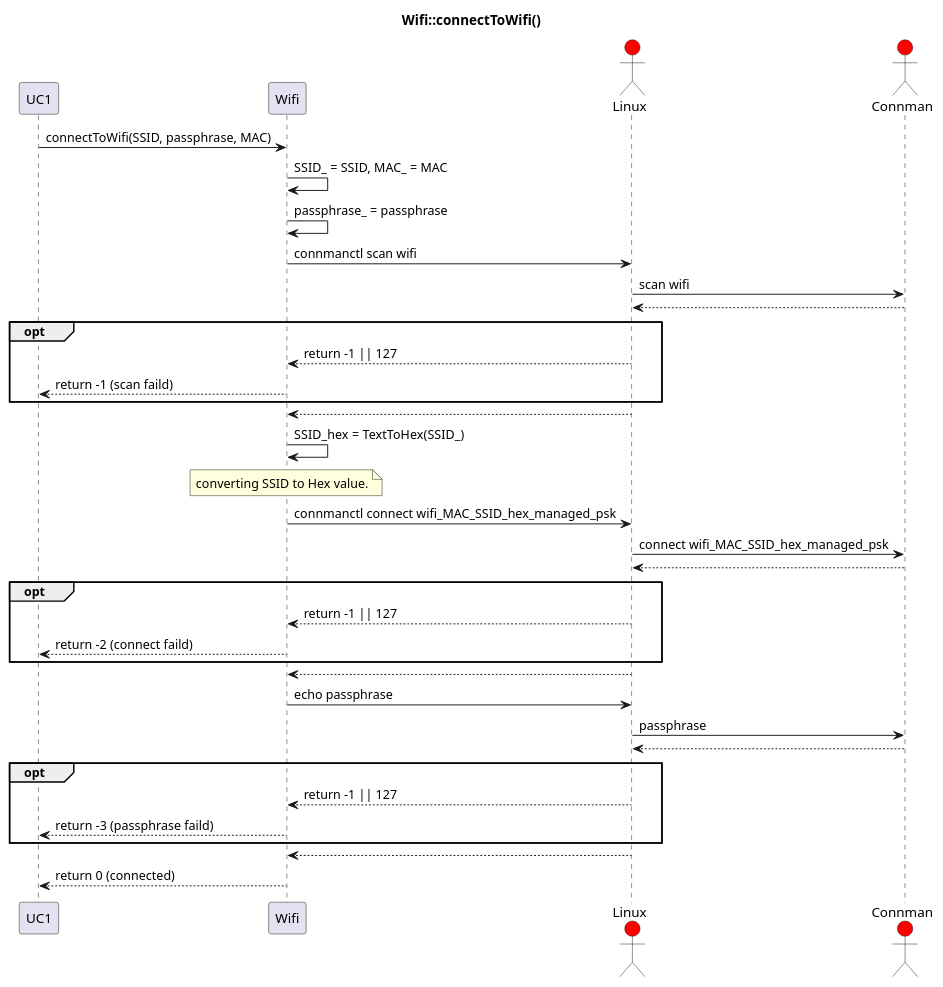
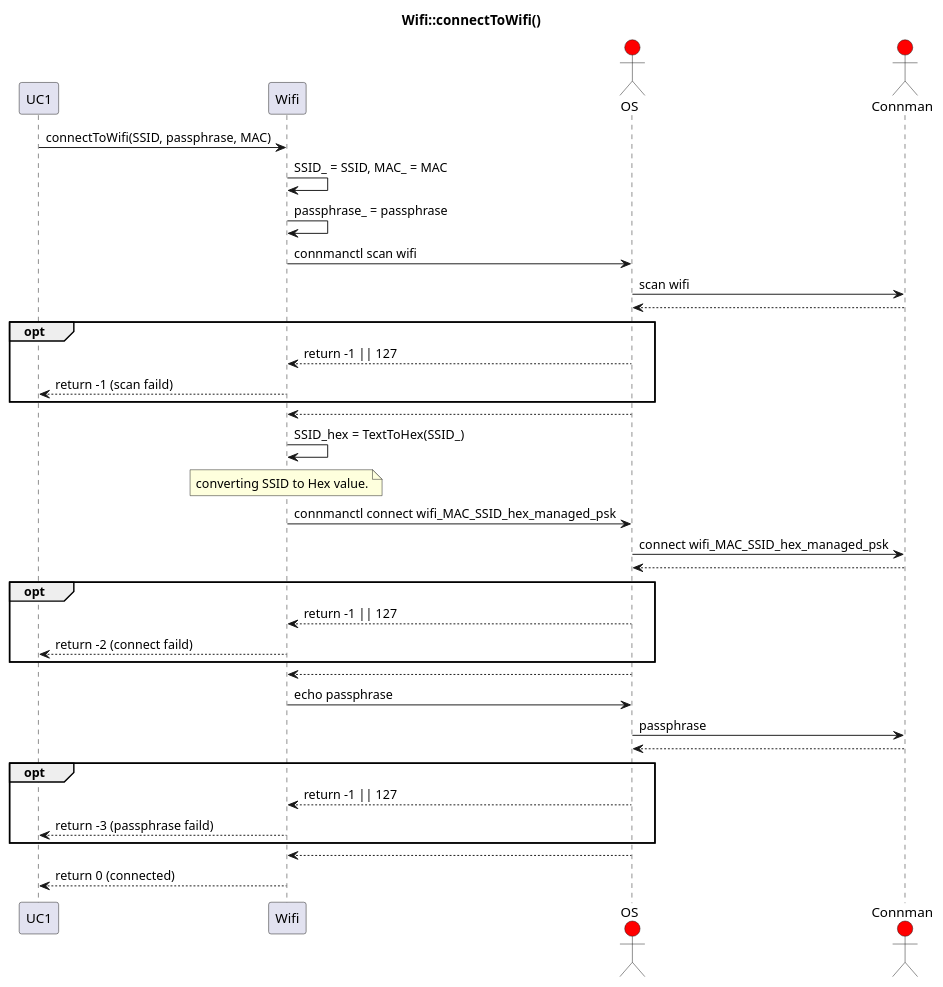
Before and after one commit to Solvgraa-mager/E3PRJ3: the diagram in Diagrammer/Robo_Sumo_Battle/Communication/Sekvensdiagrammer/Wifi/Wifi_connectToWifi.plantuml, drawn with PlantUML. The commit also changed 24 other files, not shown here.

```diff
--- a/Diagrammer/Robo_Sumo_Battle/Communication/Sekvensdiagrammer/Wifi/Wifi_connectToWifi.plantuml
+++ b/Diagrammer/Robo_Sumo_Battle/Communication/Sekvensdiagrammer/Wifi/Wifi_connectToWifi.plantuml
@@ -1,44 +1,44 @@
 @startuml
 title Wifi::connectToWifi()
 participant UC1
 participant Wifi
-actor Linux #red
+actor OS #red
 actor Connman #red
 
 UC1 -> Wifi : connectToWifi(SSID, passphrase, MAC)
 
 Wifi -> Wifi : SSID_ = SSID, MAC_ = MAC
 Wifi -> Wifi : passphrase_ = passphrase
-Wifi -> Linux : connmanctl scan wifi
+Wifi -> OS : connmanctl scan wifi
 
-Linux -> Connman : scan wifi
-Linux <-- Connman 
+OS -> Connman : scan wifi
+OS <-- Connman 
 opt 
-    Wifi <-- Linux : return -1 || 127
+    Wifi <-- OS : return -1 || 127
     UC1 <-- Wifi : return -1 (scan faild)
 end 
-Wifi <-- Linux
+Wifi <-- OS
 
 Wifi -> Wifi : SSID_hex = TextToHex(SSID_) 
 note over Wifi : converting SSID to Hex value.
 
-Wifi -> Linux : connmanctl connect wifi_MAC_SSID_hex_managed_psk
-Linux -> Connman : connect wifi_MAC_SSID_hex_managed_psk
-Linux <-- Connman 
+Wifi -> OS : connmanctl connect wifi_MAC_SSID_hex_managed_psk
+OS -> Connman : connect wifi_MAC_SSID_hex_managed_psk
+OS <-- Connman 
 opt 
-    Wifi <-- Linux : return -1 || 127 
+    Wifi <-- OS : return -1 || 127 
     UC1 <-- Wifi : return -2 (connect faild)
 end 
-Wifi <-- Linux
+Wifi <-- OS
 
-Wifi -> Linux :  echo passphrase
-Linux -> Connman : passphrase
-Linux <-- Connman 
+Wifi -> OS :  echo passphrase
+OS -> Connman : passphrase
+OS <-- Connman 
 opt 
-    Wifi <-- Linux : return -1 || 127 
+    Wifi <-- OS : return -1 || 127 
     UC1 <-- Wifi : return -3 (passphrase faild)
 end 
-Wifi <-- Linux
+Wifi <-- OS
 UC1 <-- Wifi : return 0 (connected)
 
 @enduml
```
